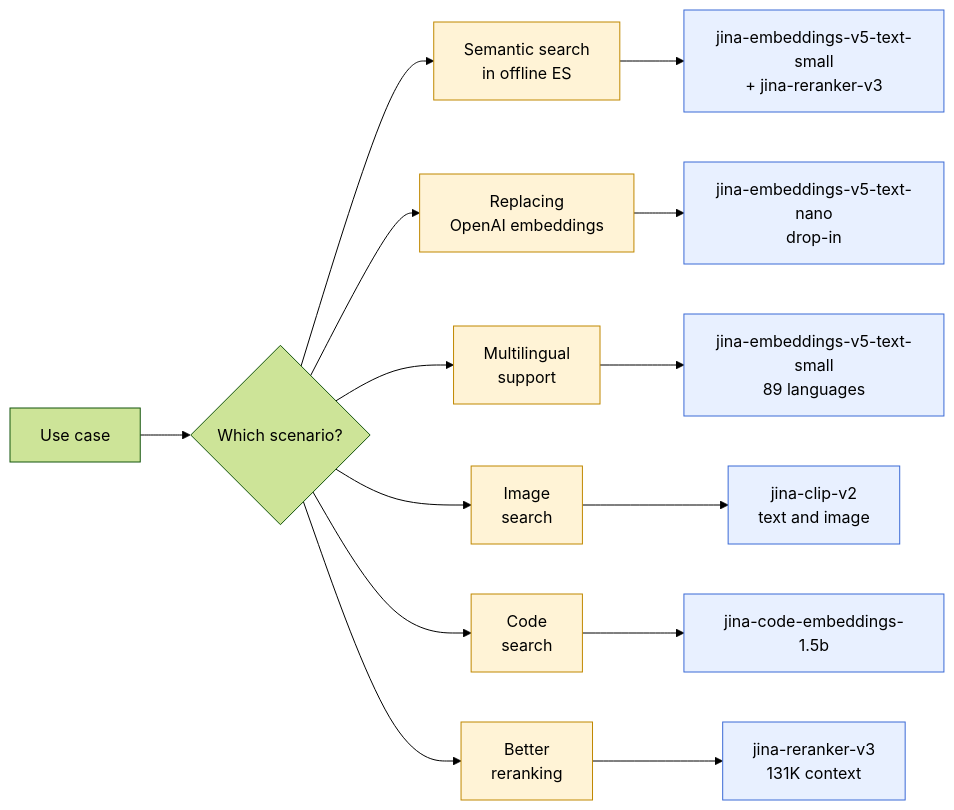
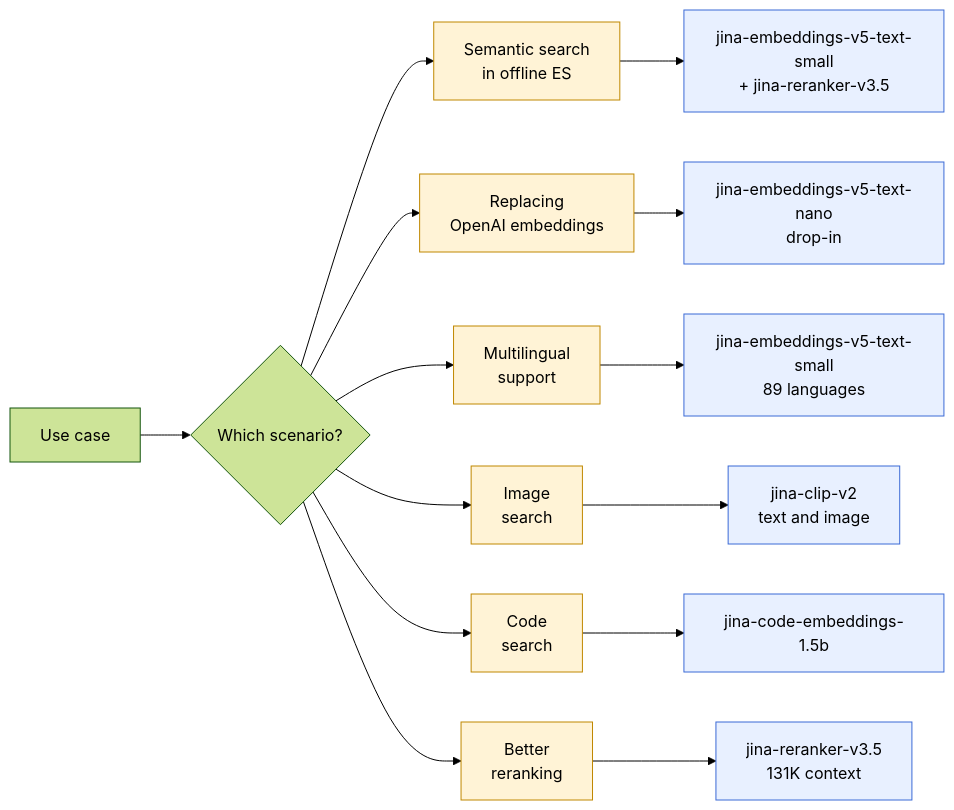
Before and after one commit to ash9146/jina-on-prem: the diagram in docs/Customer-Scenarios.md, drawn with Mermaid (forest theme). The commit also changed other lines of this file and 20 other files, not shown here.

First line of the commit message:
feat: add jina-reranker-v3.5 (#42)

````diff
--- a/docs/Customer-Scenarios.md
+++ b/docs/Customer-Scenarios.md
@@ -3,32 +3,32 @@
 ```mermaid
 flowchart LR
     classDef ask fill:#fff3d6,stroke:#c08800
     classDef rec fill:#e8f0ff,stroke:#3b6ad6
     classDef deploy fill:#d9f5e0,stroke:#1f8f3a
 
     Q[Use case] --> SCN{Which scenario?}
     SCN --> S1[Semantic search
 in offline ES]:::ask
     SCN --> S2[Replacing
 OpenAI embeddings]:::ask
     SCN --> S3[Multilingual
 support]:::ask
     SCN --> S4[Image
 search]:::ask
     SCN --> S5[Code
 search]:::ask
     SCN --> S6[Better
 reranking]:::ask
 
     S1 --> M1[jina-embeddings-v5-text-small
-+ jina-reranker-v3]:::rec
++ jina-reranker-v3.5]:::rec
     S2 --> M2[jina-embeddings-v5-text-nano
 drop-in]:::rec
     S3 --> M3[jina-embeddings-v5-text-small
 89 languages]:::rec
     S4 --> M4[jina-clip-v2
 text and image]:::rec
     S5 --> M5[jina-code-embeddings-1.5b]:::rec
-    S6 --> M6[jina-reranker-v3
+    S6 --> M6[jina-reranker-v3.5
 131K context]:::rec
 ```
````
